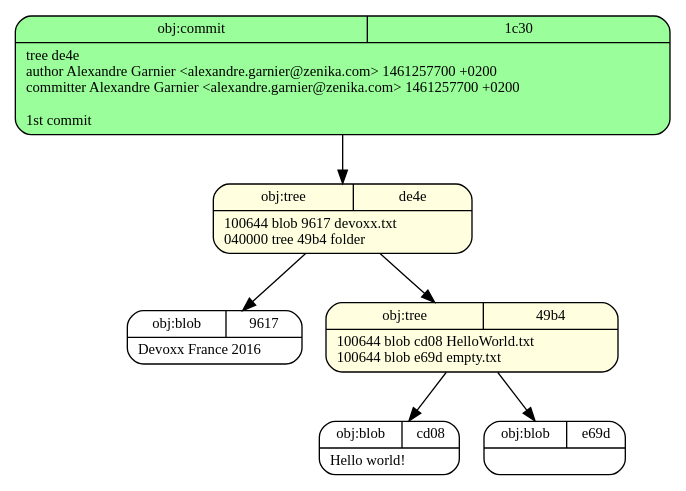
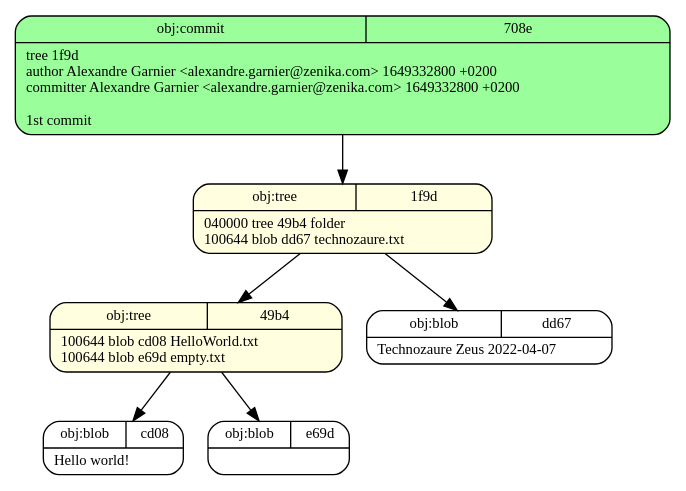
The diagram in create_commit.dot (zigarn/git-internals), drawn with Graphviz before and after one commit. The commit also changed 10 other files, not shown here.

```diff
--- a/create_commit.dot
+++ b/create_commit.dot
@@ -1,15 +1,15 @@
 digraph structs {
   node [shape=record,fontsize=11];
   rankdir="TB";
-  _1c30 [fillcolor="palegreen1", style="filled,rounded", label="{{obj:commit|1c30}|tree\ de4e\lauthor\ Alexandre\ Garnier\ \<alexandre\.garnier\@zenika\.com\>\ 1461257700\ \+0200\lcommitter\ Alexandre\ Garnier\ \<alexandre\.garnier\@zenika\.com\>\ 1461257700\ \+0200\l\l1st\ commit\l}"]
-  _1c30 -> _de4e
-  _de4e [fillcolor="lightyellow", style="filled,rounded", label="{{obj:tree|de4e}|100644\ blob\ 9617\	devoxx\.txt\l040000\ tree\ 49b4\	folder\l}"]
-  _de4e -> _9617
-  _de4e -> _49b4
+  _708e [fillcolor="palegreen1", style="filled,rounded", label="{{obj:commit|708e}|tree\ 1f9d\lauthor\ Alexandre\ Garnier\ \<alexandre\.garnier\@zenika\.com\>\ 1649332800\ \+0200\lcommitter\ Alexandre\ Garnier\ \<alexandre\.garnier\@zenika\.com\>\ 1649332800\ \+0200\l\l1st\ commit\l}"]
+  _708e -> _1f9d
+  _1f9d [fillcolor="lightyellow", style="filled,rounded", label="{{obj:tree|1f9d}|040000\ tree\ 49b4\	folder\l100644\ blob\ dd67\	technozaure.txt\l}"]
+  _1f9d -> _49b4
+  _1f9d -> _dd67
   _cd08 [fillcolor="white", style="filled,rounded", label="{{obj:blob|cd08}|Hello\ world\!\l}"]
   _e69d [fillcolor="white", style="filled,rounded", label="{{obj:blob|e69d}|}"]
   _49b4 [fillcolor="lightyellow", style="filled,rounded", label="{{obj:tree|49b4}|100644\ blob\ cd08\	HelloWorld\.txt\l100644\ blob\ e69d\	empty\.txt\l}"]
   _49b4 -> _cd08
   _49b4 -> _e69d
-  _9617 [fillcolor="white", style="filled,rounded", label="{{obj:blob|9617}|Devoxx\ France\ 2016\l}"]
+  _dd67 [fillcolor="white", style="filled,rounded", label="{{obj:blob|dd67}|Technozaure\ Zeus\ 2022-04-07\l}"]
 }
```
